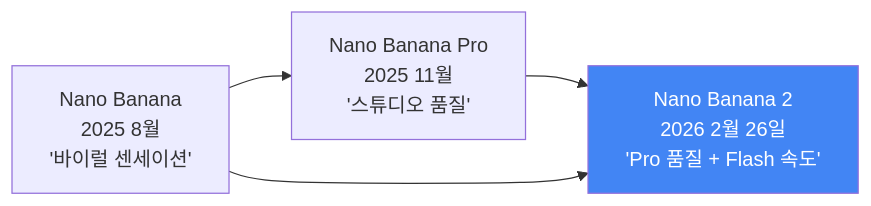
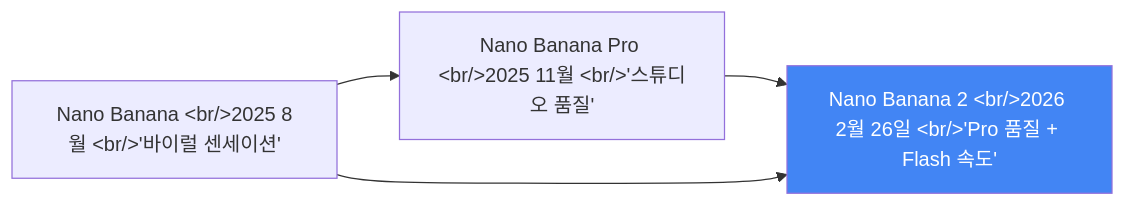
The first of 2 diagrams in content/posts/2026-03-04-nano-banana-2.md (ice-ice-bear/ice-ice-bear.github.io), drawn with Mermaid before and after one commit. The commit also changed other lines of this file and 5 other files, not shown here.

First line of the commit message:
fix: use HTML entities for <br/> in mermaid labels to prevent Hugo safeHTML rendering

````diff
--- a/content/posts/2026-03-04-nano-banana-2.md
+++ b/content/posts/2026-03-04-nano-banana-2.md
@@ -15,8 +15,8 @@
 ```mermaid
 graph LR
-    NB1["Nano Banana<br/>2025 8월<br/>'바이럴 센세이션'"] --> NBP["Nano Banana Pro<br/>2025 11월<br/>'스튜디오 품질'"]
-    NBP --> NB2["Nano Banana 2<br/>2026 2월 26일<br/>'Pro 품질 + Flash 속도'"]
+    NB1["Nano Banana &lt;br/&gt;2025 8월 &lt;br/&gt;'바이럴 센세이션'"] --> NBP["Nano Banana Pro &lt;br/&gt;2025 11월 &lt;br/&gt;'스튜디오 품질'"]
+    NBP --> NB2["Nano Banana 2 &lt;br/&gt;2026 2월 26일 &lt;br/&gt;'Pro 품질 + Flash 속도'"]
     NB1 --> NB2
 
     style NB2 fill:#4285F4,color:#fff
 ```
````
